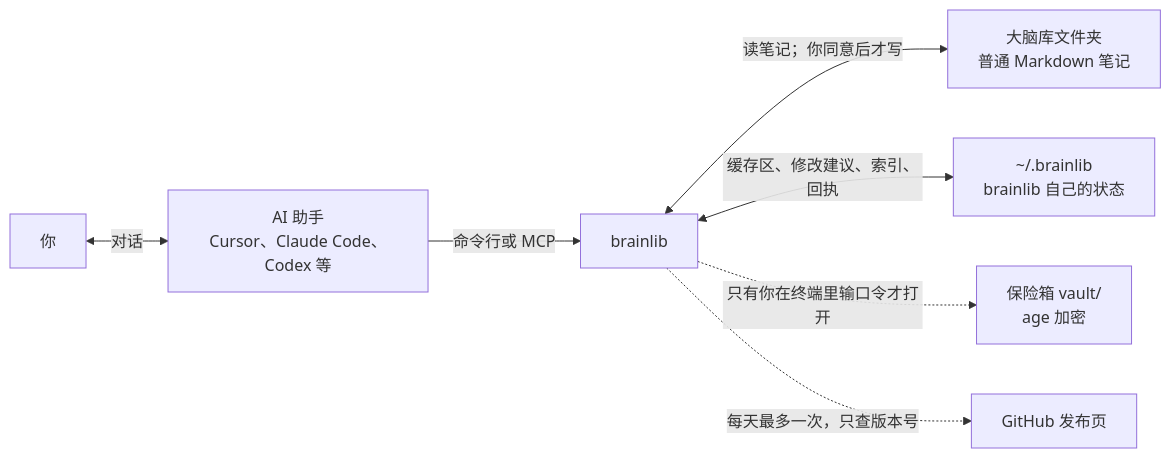
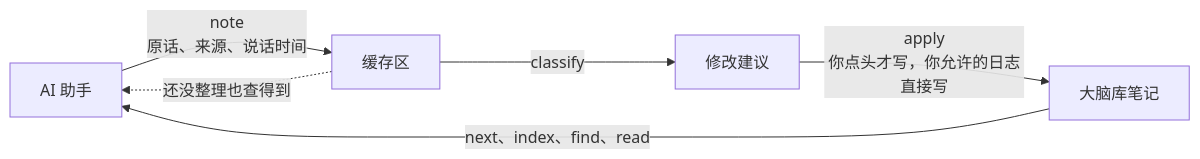
The diagram in README.md (mingweima/brainlib), drawn with Mermaid before and after one commit. The commit also changed other lines of this file and 9 other files, not shown here.

Commit message:
v0.2.3: Apache-2.0 with NOTICE, one-diagram How it works section, llms.txt fixes

````diff
--- a/README.md
+++ b/README.md
@@ -124,9 +122,8 @@
 ```mermaid
 flowchart LR
-    U["你"] <-->|"对话"| A["AI 助手<br>Cursor、Claude Code、Codex 等"]
-    A -->|"命令行或 MCP"| B["brainlib"]
-    B <-->|"读笔记；你同意后才写"| L["大脑库文件夹<br>普通 Markdown 笔记"]
-    B <-->|"缓存区、修改建议、索引、回执"| S["~/.brainlib<br>brainlib 自己的状态"]
-    B -.->|"只有你在终端里输口令才打开"| V["保险箱 vault/<br>age 加密"]
-    B -.->|"每天最多一次，只查版本号"| G["GitHub 发布页"]
+    A["AI 助手"] -->|"note<br>原话、来源、说话时间"| I["缓存区"]
+    I -->|"classify"| P["修改建议"]
+    P -->|"apply<br>你点头才写，你允许的日志直接写"| L["大脑库笔记"]
+    L -->|"next、index、find、read"| A
+    I -.->|"还没整理也查得到"| A
 ```
````
